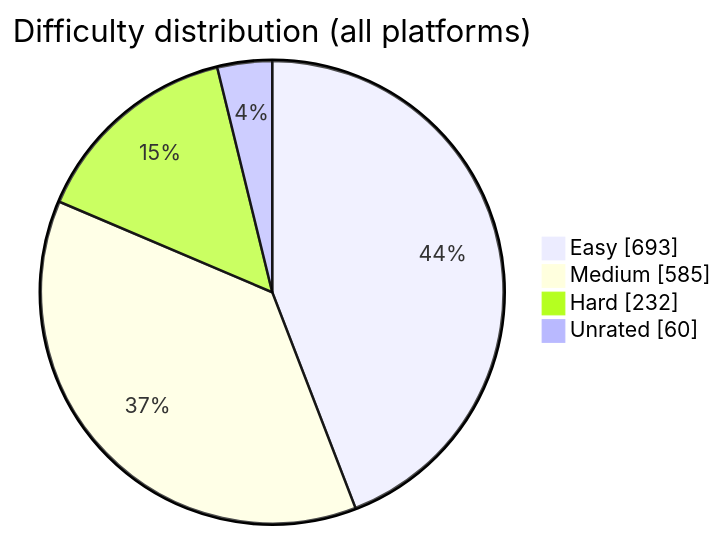
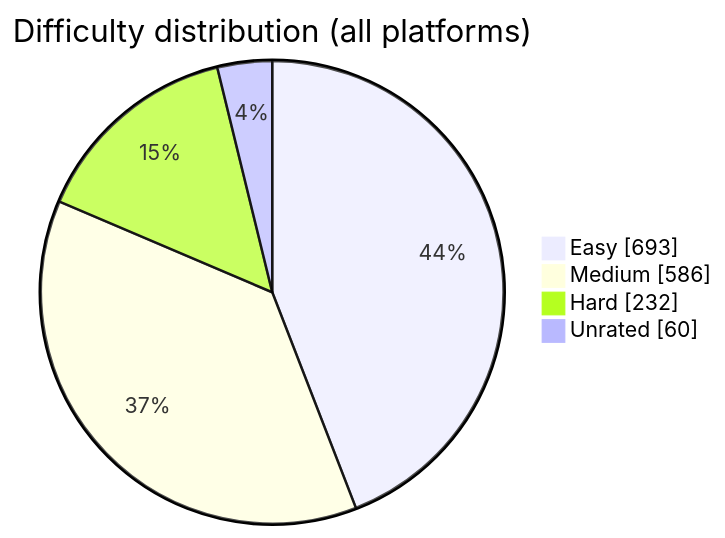
The diagram in README.md (BuildbyArindam/Daily-Coding-Log), drawn with Mermaid before and after one commit. The commit also changed other lines of this file, not shown here.

````diff
--- a/README.md
+++ b/README.md
@@ -93,7 +93,7 @@
 ```mermaid
 pie showData title Difficulty distribution (all platforms)
     "Easy" : 693
-    "Medium" : 585
+    "Medium" : 586
     "Hard" : 232
     "Unrated" : 60
 ```
````
